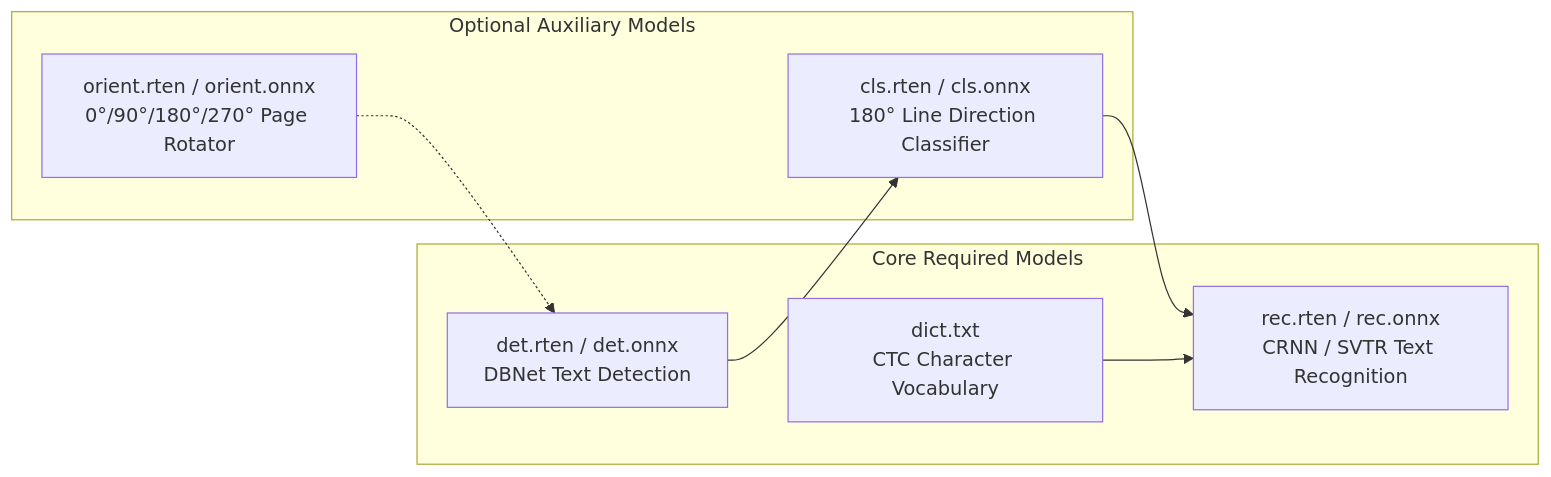
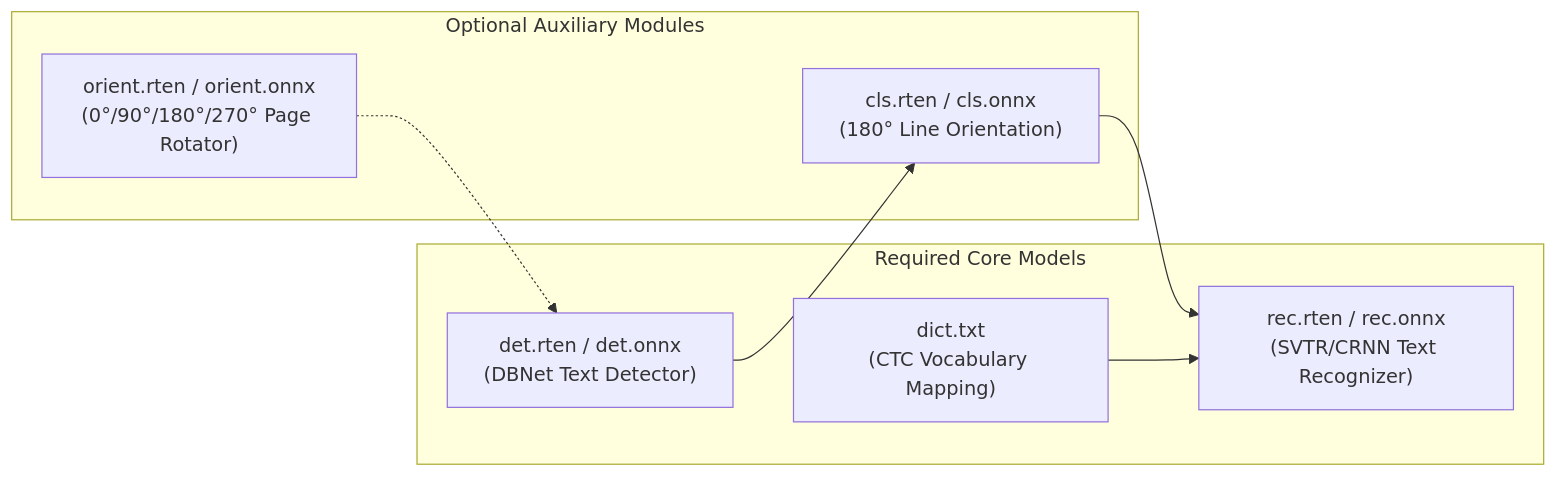
One commit to byrizki/rusto-rs changed the diagram in docs/content/en/03.advance-guide/01.models-and-tiers.md. Above: the diagram before and after it, drawn with Mermaid. The commit also changed other lines of this file and 5 other files, not shown here.

````diff
--- a/docs/content/en/03.advance-guide/01.models-and-tiers.md
+++ b/docs/content/en/03.advance-guide/01.models-and-tiers.md
@@ -31,18 +51,18 @@
 ```mermaid
 flowchart LR
-    subgraph CoreModels ["Core Required Models"]
-        DET["det.rten / det.onnx<br/>DBNet Text Detection"]
-        REC["rec.rten / rec.onnx<br/>CRNN / SVTR Text Recognition"]
-        DICT["dict.txt<br/>CTC Character Vocabulary"]
+    subgraph Core ["Required Core Models"]
+        DET["det.rten / det.onnx<br/>(DBNet Text Detector)"]
+        REC["rec.rten / rec.onnx<br/>(SVTR/CRNN Text Recognizer)"]
+        DICT["dict.txt<br/>(CTC Vocabulary Mapping)"]
     end
 
-    subgraph AuxiliaryModels ["Optional Auxiliary Models"]
-        CLS["cls.rten / cls.onnx<br/>180&deg; Line Direction Classifier"]
-        ORIENT["orient.rten / orient.onnx<br/>0&deg;/90&deg;/180&deg;/270&deg; Page Rotator"]
+    subgraph Aux ["Optional Auxiliary Modules"]
+        CLS["cls.rten / cls.onnx<br/>(180&deg; Line Orientation)"]
+        ORIENT["orient.rten / orient.onnx<br/>(0&deg;/90&deg;/180&deg;/270&deg; Page Rotator)"]
     end
 
     ORIENT -.-> DET
     DET --> CLS
     CLS --> REC
     DICT --> REC
 ```
````
